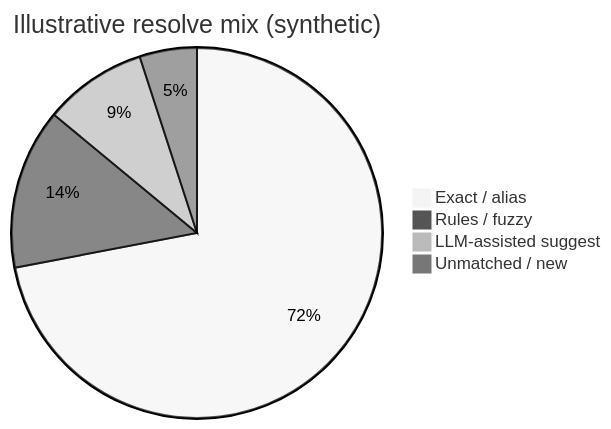
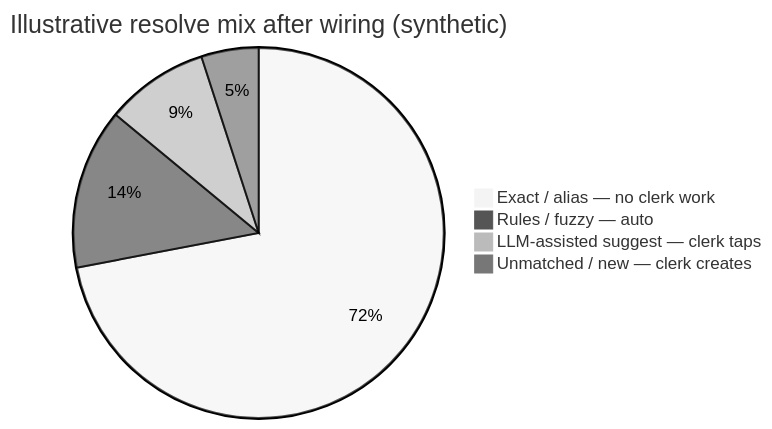
Before and after one commit to avinashbengaluru/ai-product-case-studies: the third of 3 diagrams in case-studies/01-ai-catalog-findability.md, drawn with Mermaid (neutral theme). The commit also changed other lines of this file and 3 other files, not shown here.

First line of the commit message:
Sharpen case studies around clerk before/after impact.

````diff
--- a/case-studies/01-ai-catalog-findability.md
+++ b/case-studies/01-ai-catalog-findability.md
@@ -82,7 +123,7 @@
 ```mermaid
-pie title Illustrative resolve mix (synthetic)
-  "Exact / alias" : 72
-  "Rules / fuzzy" : 14
-  "LLM-assisted suggest" : 9
-  "Unmatched / new" : 5
+pie title Illustrative resolve mix after wiring (synthetic)
+  "Exact / alias — no clerk work" : 72
+  "Rules / fuzzy — auto" : 14
+  "LLM-assisted suggest — clerk taps" : 9
+  "Unmatched / new — clerk creates" : 5
 ```
````
